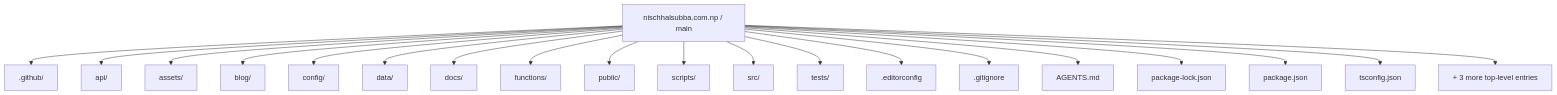
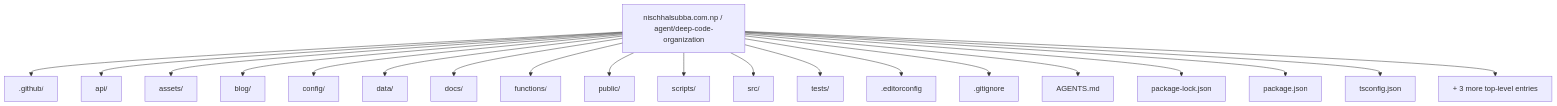
One commit to Nischhalsubba/nischhalsubba.com.np changed the first of 8 diagrams in README.md. Above: the diagram before and after it, drawn with Mermaid. The commit also changed other lines of this file, not shown here.

````diff
--- a/README.md
+++ b/README.md
@@ -58,23 +69,23 @@
 ```mermaid
 flowchart TD
-    ROOT["nischhalsubba.com.np / main"]
+    ROOT["nischhalsubba.com.np / agent/deep-code-organization"]
     ROOT --> P0[".github/"]
     ROOT --> P1["api/"]
     ROOT --> P2["assets/"]
     ROOT --> P3["blog/"]
     ROOT --> P4["config/"]
     ROOT --> P5["data/"]
     ROOT --> P6["docs/"]
     ROOT --> P7["functions/"]
     ROOT --> P8["public/"]
     ROOT --> P9["scripts/"]
     ROOT --> P10["src/"]
     ROOT --> P11["tests/"]
     ROOT --> P12[".editorconfig"]
     ROOT --> P13[".gitignore"]
     ROOT --> P14["AGENTS.md"]
     ROOT --> P15["package-lock.json"]
     ROOT --> P16["package.json"]
     ROOT --> P17["tsconfig.json"]
     ROOT --> MORE["+ 3 more top-level entries"]
 ```
````
